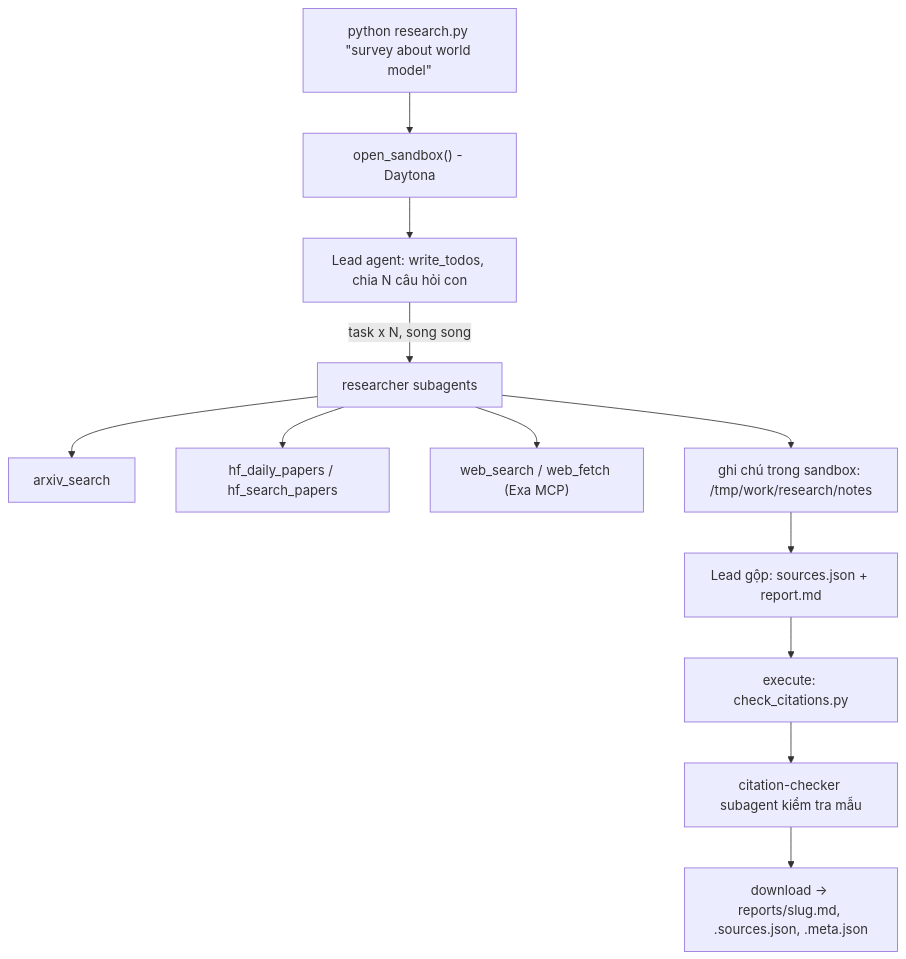
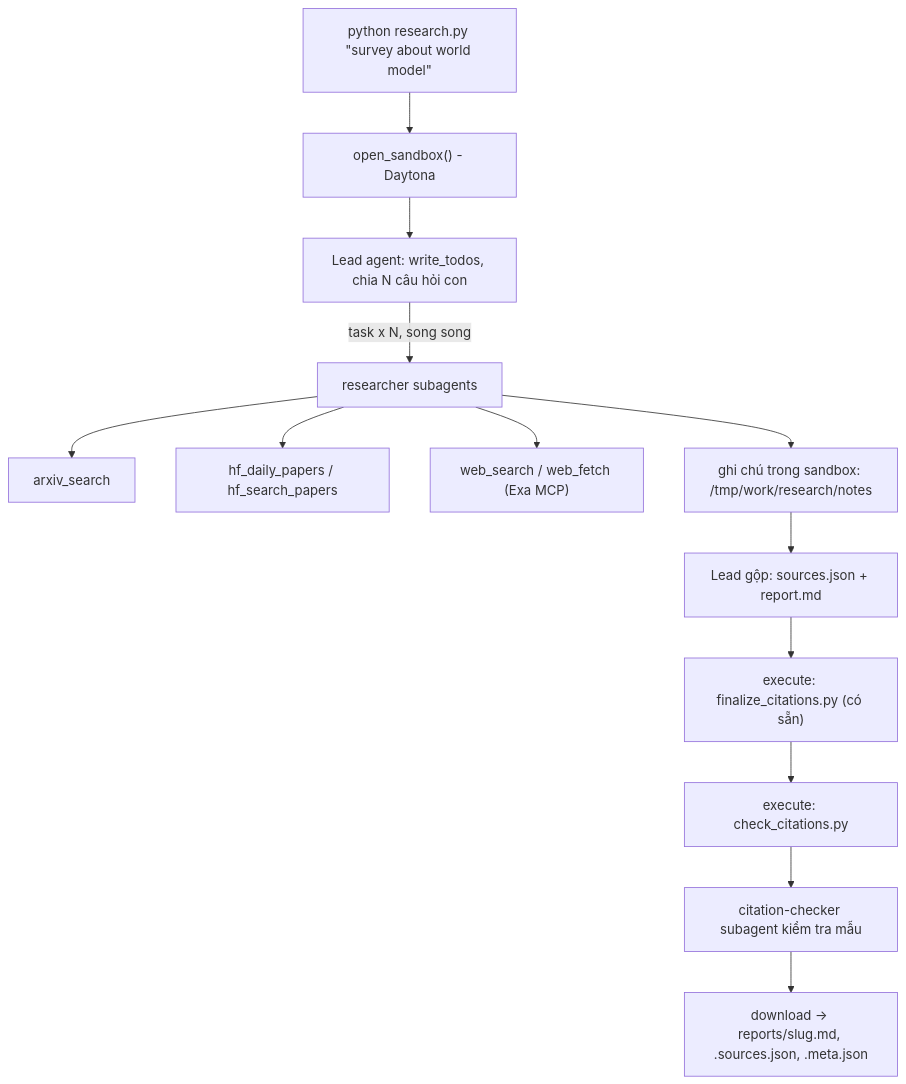
The diagram in README.md (Akaza-ban/K4-Day23-AdvanceDeepAgents-Labs), drawn with Mermaid before and after one commit. The commit also changed other lines of this file and 10 other files, not shown here.

````diff
--- a/README.md
+++ b/README.md
@@ -19,14 +19,15 @@
 ```mermaid
 flowchart TD
     U["python research.py &quot;survey about world model&quot;"] --> S["open_sandbox() - Daytona"]
     S --> L["Lead agent: write_todos, chia N câu hỏi con"]
     L -->|task x N, song song| R["researcher subagents"]
     R --> T1["arxiv_search"]
     R --> T2["hf_daily_papers / hf_search_papers"]
     R --> T3["web_search / web_fetch (Exa MCP)"]
     R --> N["ghi chú trong sandbox: /tmp/work/research/notes"]
     N --> M["Lead gộp: sources.json + report.md"]
-    M --> V["execute: check_citations.py"]
+    M --> F["execute: finalize_citations.py (có sẵn)"]
+    F --> V["execute: check_citations.py"]
     V --> C["citation-checker subagent kiểm tra mẫu"]
     C --> D["download -> reports/slug.md, .sources.json, .meta.json"]
 ```
````
